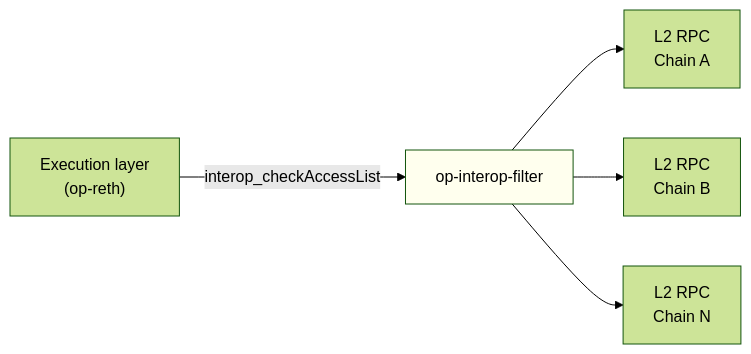
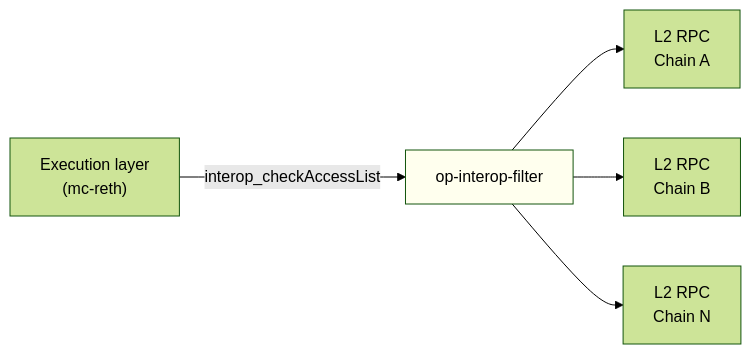
The diagram in docs/public-docs/chain-operators/tools/op-interop-filter.mdx (arunjot12/mind-chain), drawn with Mermaid (forest theme) before and after one commit. The commit also changed other lines of this file and 10211 other files, not shown here.

````diff
--- a/docs/public-docs/chain-operators/tools/op-interop-filter.mdx
+++ b/docs/public-docs/chain-operators/tools/op-interop-filter.mdx
@@ -41,18 +41,18 @@
 ```mermaid
 graph LR
   classDef filter fill:#FFE
   classDef transparent fill:none,stroke:none
 
-  EL["Execution layer<br/>(op-reth)"]
+  EL["Execution layer<br/>(mc-reth)"]
   Filter["op-interop-filter"]
   L2A["L2 RPC<br/>Chain A"]
   L2B["L2 RPC<br/>Chain B"]
   L2N["L2 RPC<br/>Chain N"]
 
   EL -- "interop_checkAccessList" --> Filter
   Filter --> L2A
   Filter --> L2B
   Filter --> L2N
 
   class Filter filter
 ```
````
